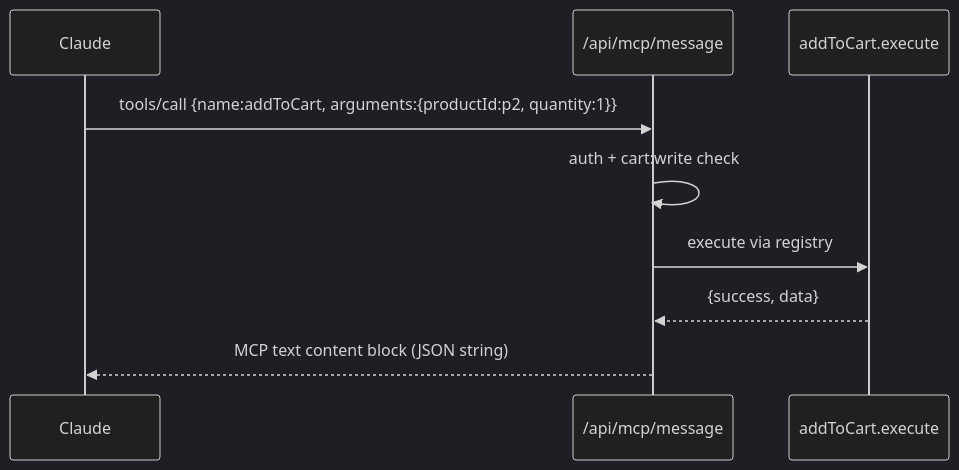
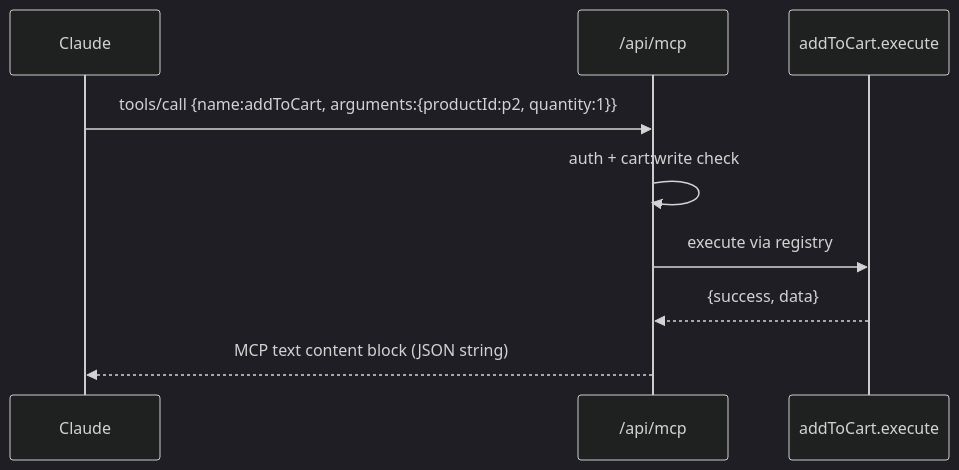
Diagram 11 of 17 in docs/concepts/capability-flows.md (Luke-official/lite-toon), drawn with Mermaid (dark theme) before and after one commit. The commit also changed other lines of this file and 55 other files, not shown here.

Commit message:
feat: implement new cart API endpoints and enhance demo app UI; remove legacy MCP message and SSE endpoints, update documentation, and improve user experience with clearer prompts and cart management features

````diff
--- a/docs/concepts/capability-flows.md
+++ b/docs/concepts/capability-flows.md
@@ -300,12 +297,12 @@
 ```mermaid
 sequenceDiagram
     participant Claude
-    participant Msg as /api/mcp/message
+    participant MCP as /api/mcp
     participant Cap as addToCart.execute
 
-    Claude->>Msg: tools/call {name:addToCart, arguments:{productId:p2, quantity:1}}
-    Msg->>Msg: auth + cart:write check
-    Msg->>Cap: execute via registry
-    Cap-->>Msg: {success, data}
-    Msg-->>Claude: MCP text content block (JSON string)
+    Claude->>MCP: tools/call {name:addToCart, arguments:{productId:p2, quantity:1}}
+    MCP->>MCP: auth + cart:write check
+    MCP->>Cap: execute via registry
+    Cap-->>MCP: {success, data}
+    MCP-->>Claude: MCP text content block (JSON string)
 ```
````
